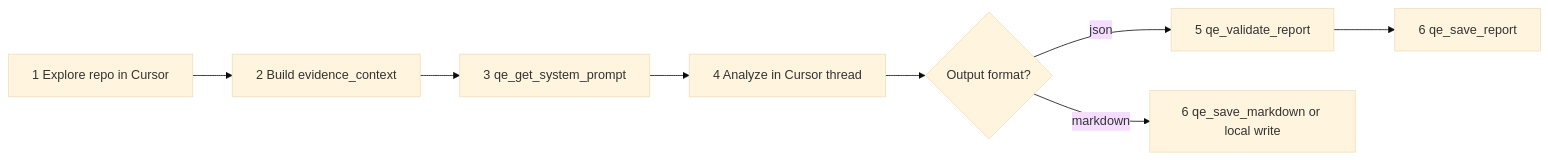
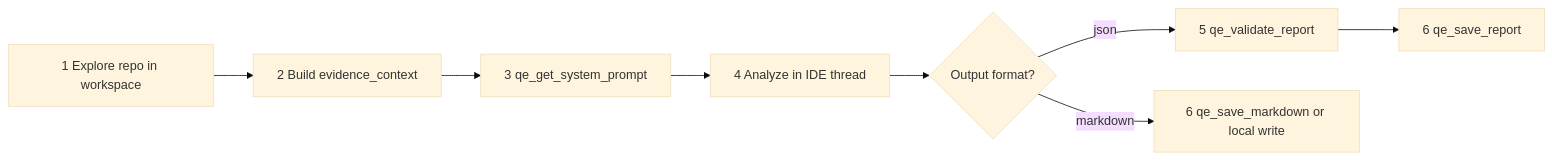
One commit to arjunjh10/qe-craft changed the diagram in mcp/skills/shared/mcp-runbook.md. Above: the diagram before and after it, drawn with Mermaid (base theme). The commit also changed other lines of this file and 10 other files, not shown here.

````diff
--- a/mcp/skills/shared/mcp-runbook.md
+++ b/mcp/skills/shared/mcp-runbook.md
@@ -9,15 +9,15 @@
 ```mermaid
 flowchart LR
-  Explore[1 Explore repo in Cursor]
+  Explore[1 Explore repo in workspace]
   Evidence[2 Build evidence_context]
   Prompt[3 qe_get_system_prompt]
-  Analyze[4 Analyze in Cursor thread]
+  Analyze[4 Analyze in IDE thread]
   Out{Output format?}
   Validate[5 qe_validate_report]
   SaveJson[6 qe_save_report]
   SaveMd[6 qe_save_markdown or local write]
 
   Explore --> Evidence --> Prompt --> Analyze --> Out
   Out -->|json| Validate --> SaveJson
   Out -->|markdown| SaveMd
 ```
````
